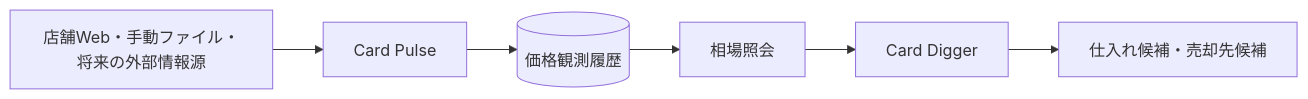
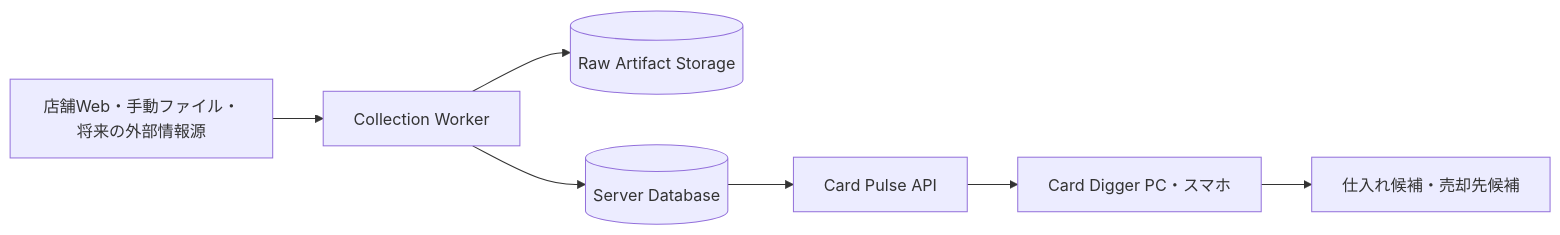
The first of 2 diagrams in README.md (mgmaru/card-pulse), drawn with Mermaid before and after one commit. The commit also changed other lines of this file and 20 other files, not shown here.

Commit message:
docs: define server architecture and database evaluation

````diff
--- a/README.md
+++ b/README.md
@@ -20,8 +20,9 @@
 ```mermaid
 flowchart LR
-    S[店舗Web・手動ファイル・将来の外部情報源] --> C[Card Pulse]
-    C --> O[(価格観測履歴)]
-    O --> Q[相場照会]
-    Q --> D[Card Digger]
+    S[店舗Web・手動ファイル・将来の外部情報源] --> W[Collection Worker]
+    W --> R[(Raw Artifact Storage)]
+    W --> DB[(Server Database)]
+    DB --> A[Card Pulse API]
+    A --> D[Card Digger PC・スマホ]
     D --> U[仕入れ候補・売却先候補]
 ```
````
